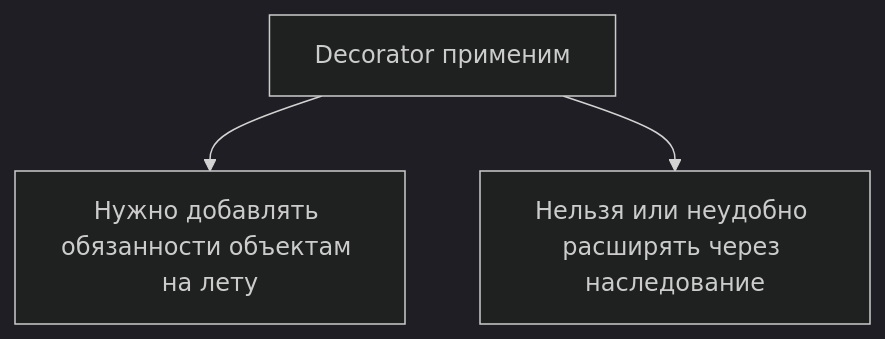
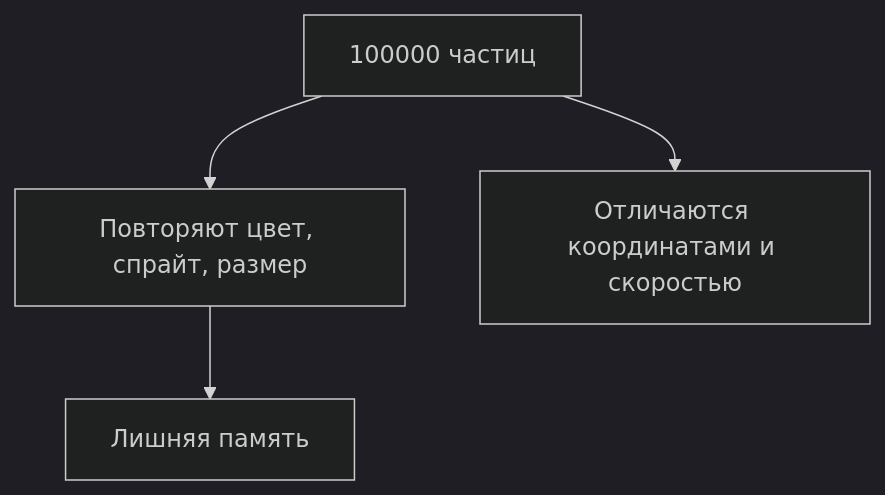
Diagram 12 of 16 in lectures/Lec6/vitepress.md (Kert0n/KPO), drawn with Mermaid (dark theme) before and after one commit. The commit also changed other lines of this file and 9 other files, not shown here.

````diff
--- a/lectures/Lec6/vitepress.md
+++ b/lectures/Lec6/vitepress.md
@@ -411,5 +1084,6 @@
 ```mermaid
 flowchart TD
-    Decorator[Decorator применим] --> Runtime[Нужно добавлять обязанности объектам на лету]
-    Decorator --> NoInheritance[Нельзя или неудобно расширять через наследование]
+  Many[100000 частиц] --> Repeated[Повторяют цвет, спрайт, размер]
+  Many --> Unique[Отличаются координатами и скоростью]
+  Repeated --> Waste[Лишняя память]
 ```
````
